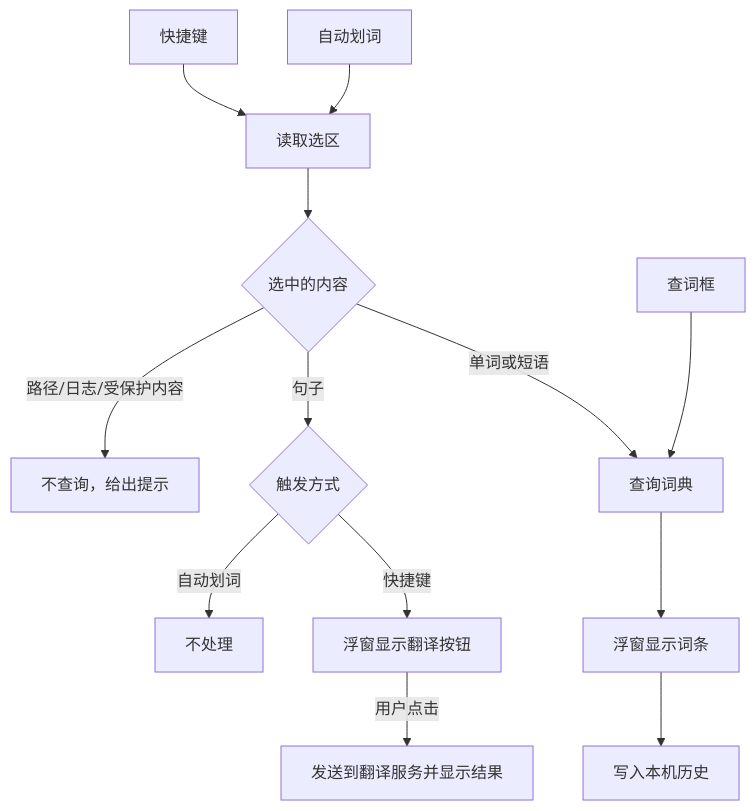
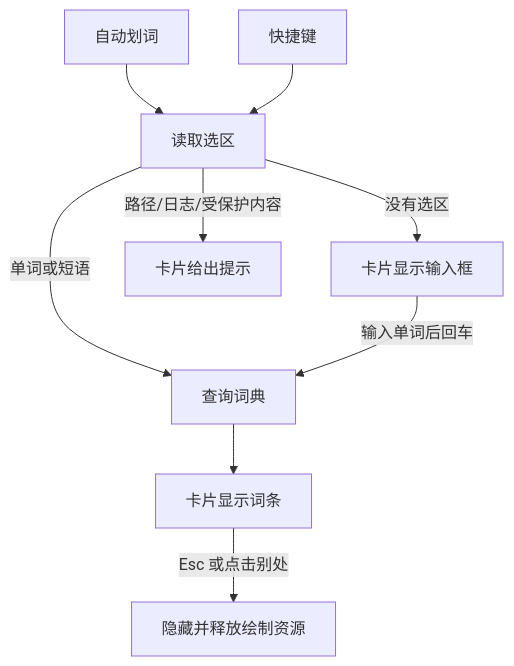
One commit to caoshuo2003/wordside changed the diagram in docs/PRODUCT-DEVELOPMENT.md. Above: the diagram before and after it, drawn with Mermaid. The commit also changed other lines of this file and 2 other files, not shown here.

````diff
--- a/docs/PRODUCT-DEVELOPMENT.md
+++ b/docs/PRODUCT-DEVELOPMENT.md
@@ -31,15 +32,11 @@
 ```mermaid
 flowchart TD
     A[自动划词] --> C[读取选区]
     B[快捷键] --> C
-    C --> D{选中的内容}
-    D -- 单词或短语 --> E[查询词典]
-    M[查词框] --> E
-    E --> F[浮窗显示词条]
-    F --> H[写入本机历史]
-    D -- 句子 --> G{触发方式}
-    G -- 快捷键 --> T[浮窗显示翻译按钮]
-    G -- 自动划词 --> N[不处理]
-    T -- 用户点击 --> U[发送到翻译服务并显示结果]
-    D -- 路径/日志/受保护内容 --> X[不查询，给出提示]
+    C -- 单词或短语 --> E[查询词典]
+    C -- 没有选区 --> M[卡片显示输入框]
+    M -- 输入单词后回车 --> E
+    C -- 路径/日志/受保护内容 --> X[卡片给出提示]
+    E --> F[卡片显示词条]
+    F -- Esc 或点击别处 --> H[隐藏并释放绘制资源]
 ```
````
